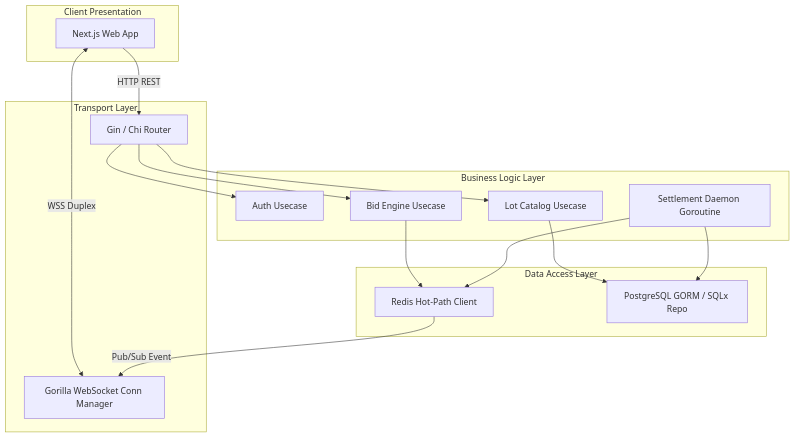
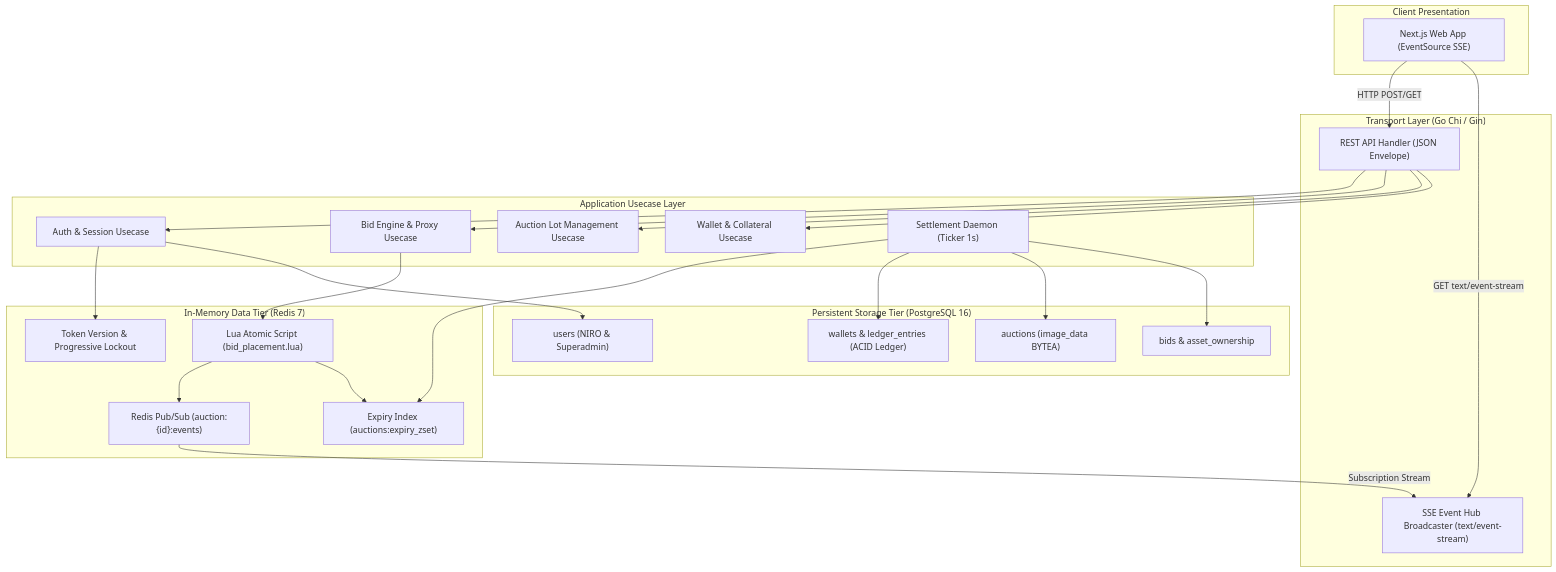
The first of 5 diagrams in 02_Projects/real-time-auction-engine/04_Design/lld-low-level-design.md (daniesalim304/SALT-HACKATON-2026), drawn with Mermaid before and after one commit. The commit also changed other lines of this file and 145 other files, not shown here.

````diff
--- a/02_Projects/real-time-auction-engine/04_Design/lld-low-level-design.md
+++ b/02_Projects/real-time-auction-engine/04_Design/lld-low-level-design.md
@@ -94,34 +129,55 @@
 ```mermaid
 flowchart TD
     subgraph Client ["Client Presentation"]
-        NextJS["Next.js Web App"]
+        NextJS["Next.js Web App (EventSource SSE)"]
     end
 
-    subgraph Transport ["Transport Layer"]
-        HTTPHandler["Gin / Chi Router"]
-        WSHandler["Gorilla WebSocket Conn Manager"]
+    subgraph Transport ["Transport Layer (Go Chi / Gin)"]
+        HTTPHandler["REST API Handler (JSON Envelope)"]
+        SSEHub["SSE Event Hub Broadcaster (text/event-stream)"]
     end
 
-    subgraph Usecase ["Business Logic Layer"]
-        AuthUC["Auth Usecase"]
-        BidUC["Bid Engine Usecase"]
-        LotUC["Lot Catalog Usecase"]
-        SettleDaemon["Settlement Daemon Goroutine"]
+    subgraph Usecase ["Application Usecase Layer"]
+        AuthUC["Auth & Session Usecase"]
+        BidUC["Bid Engine & Proxy Usecase"]
+        LotUC["Auction Lot Management Usecase"]
+        WalletUC["Wallet & Collateral Usecase"]
+        SettleDaemon["Settlement Daemon (Ticker 1s)"]
     end
 
-    subgraph Repository ["Data Access Layer"]
-        RedisRepo["Redis Hot-Path Client"]
-        PGRepo["PostgreSQL GORM / SQLx Repo"]
+    subgraph Memory ["In-Memory Data Tier (Redis 7)"]
+        LuaEngine["Lua Atomic Script (bid_placement.lua)"]
+        PubSub["Redis Pub/Sub (auction:{id}:events)"]
+        ExpiryZSet["Expiry Index (auctions:expiry_zset)"]
+        SessionStore["Token Version & Progressive Lockout"]
     end
 
-    NextJS -->|HTTP REST| HTTPHandler
-    NextJS <-->|WSS Duplex| WSHandler
+    subgraph Storage ["Persistent Storage Tier (PostgreSQL 16)"]
+        PGUsers["users (NIRO & Superadmin)"]
+        PGWallets["wallets & ledger_entries (ACID Ledger)"]
+        PGAuctions["auctions (image_data BYTEA)"]
+        PGBids["bids & asset_ownership"]
+    end
+
+    NextJS -->|HTTP POST/GET| HTTPHandler
+    NextJS -->|GET text/event-stream| SSEHub
+
     HTTPHandler --> AuthUC
     HTTPHandler --> BidUC
     HTTPHandler --> LotUC
-    BidUC --> RedisRepo
-    LotUC --> PGRepo
-    SettleDaemon --> RedisRepo
-    SettleDaemon --> PGRepo
-    RedisRepo -->|Pub/Sub Event| WSHandler
+    HTTPHandler --> WalletUC
+
+    AuthUC --> SessionStore
+    AuthUC --> PGUsers
+
+    BidUC --> LuaEngine
+    LuaEngine --> PubSub
+    LuaEngine --> ExpiryZSet
+
+    PubSub -->|Subscription Stream| SSEHub
+
+    SettleDaemon --> ExpiryZSet
+    SettleDaemon --> PGWallets
+    SettleDaemon --> PGAuctions
+    SettleDaemon --> PGBids
 ```
````
